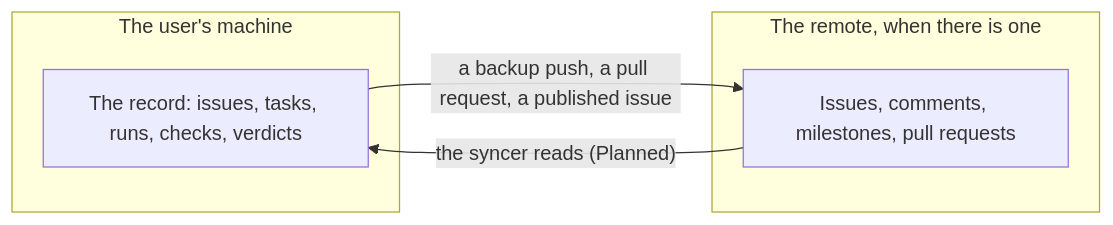
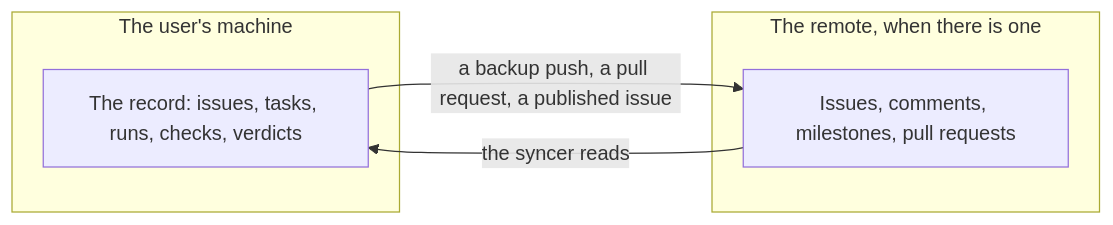
The second of 13 diagrams in docs/architecture/TRAJECTORY.md (trustmybot/tmb), drawn with Mermaid before and after one commit. The commit also changed other lines of this file and 35 other files, not shown here.

````diff
--- a/docs/architecture/TRAJECTORY.md
+++ b/docs/architecture/TRAJECTORY.md
@@ -33,11 +33,11 @@
 ```mermaid
 flowchart LR
     subgraph L["The user's machine"]
         R["The record: issues, tasks, runs, checks, verdicts"]
     end
     subgraph G["The remote, when there is one"]
         I["Issues, comments, milestones, pull requests"]
     end
-    I -->|"the syncer reads (Planned)"| R
+    I -->|"the syncer reads"| R
     R -->|"a backup push, a pull request, a published issue"| I
 ```
````
